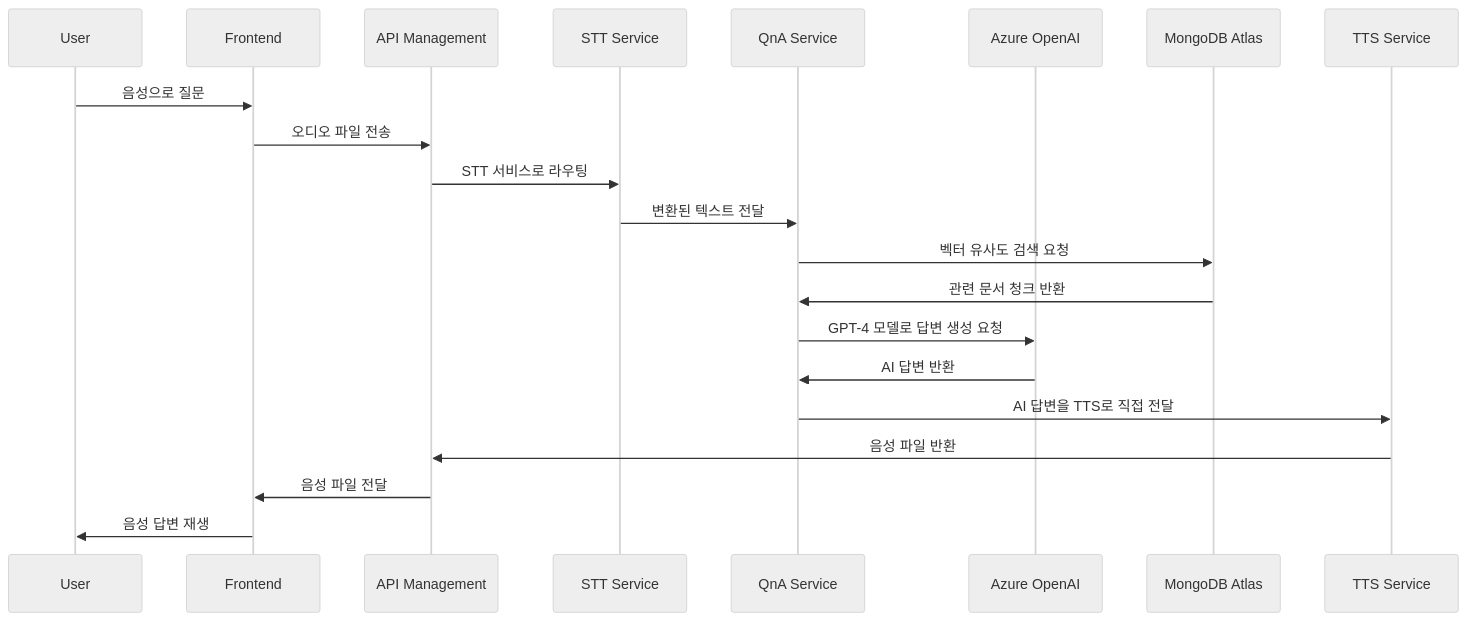
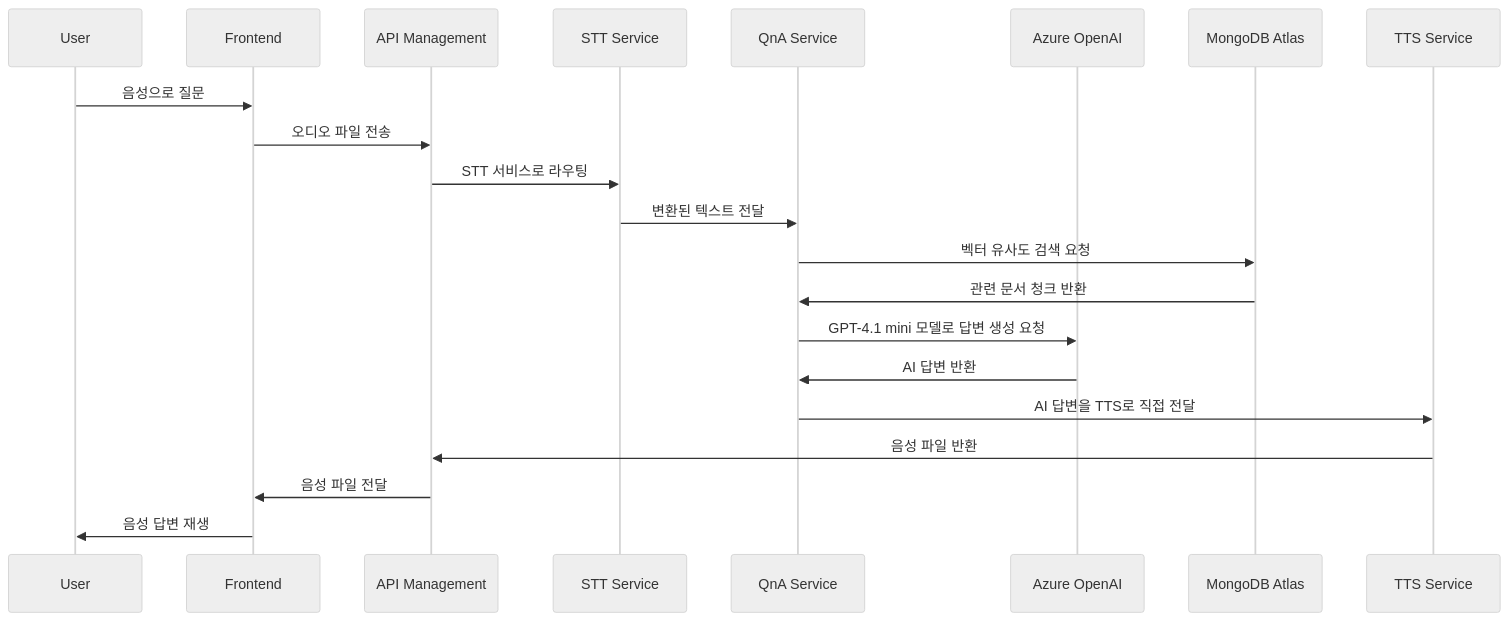
One commit to hadonas/kt_aicc_hub changed the first of 3 diagrams in README.md. Above: the diagram before and after it, drawn with Mermaid (neutral theme). The commit also changed other lines of this file and 1 other file, not shown here.

````diff
--- a/README.md
+++ b/README.md
@@ -171,24 +180,24 @@
 ```mermaid
 sequenceDiagram
     participant U as User
     participant F as Frontend
     participant APIM as API Management
     participant STT as STT Service
     participant QnA as QnA Service
     participant AO as Azure OpenAI
     participant M as MongoDB Atlas
     participant TTS as TTS Service
     
     U->>F: 음성으로 질문
     F->>APIM: 오디오 파일 전송
     APIM->>STT: STT 서비스로 라우팅
     STT->>QnA: 변환된 텍스트 전달
     QnA->>M: 벡터 유사도 검색 요청
     M->>QnA: 관련 문서 청크 반환
-    QnA->>AO: GPT-4 모델로 답변 생성 요청
+    QnA->>AO: GPT-4.1 mini 모델로 답변 생성 요청
     AO->>QnA: AI 답변 반환
     QnA->>TTS: AI 답변을 TTS로 직접 전달
     TTS->>APIM: 음성 파일 반환
     APIM->>F: 음성 파일 전달
     F->>U: 음성 답변 재생
 ```
````
